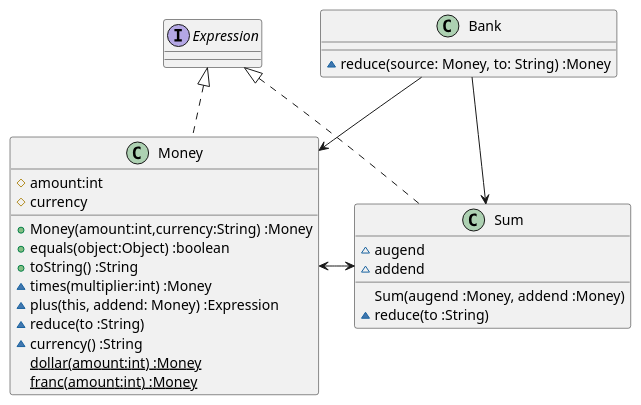
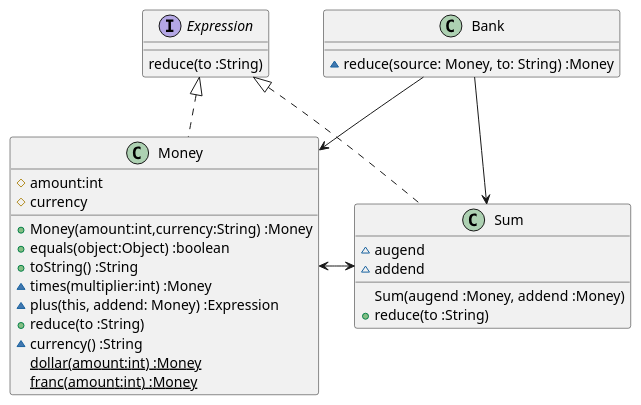
The first of 2 diagrams in docs/src/TDD.md (k2works/etude_for_java), drawn with PlantUML before and after one commit. The commit also changed 6 other files, not shown here.

````diff
--- a/docs/src/TDD.md
+++ b/docs/src/TDD.md
@@ -49,30 +49,32 @@
 ```puml
+interface Expression {
+  reduce(to :String)
+}
 class Money {
   #amount:int
   #currency  
   +Money(amount:int,currency:String) :Money
   +equals(object:Object) :boolean  
   +toString() :String
   ~times(multiplier:int) :Money
   ~plus(this, addend: Money) :Expression
-  ~reduce(to :String)      
+  +reduce(to :String)      
   ~currency() :String
   {static} dollar(amount:int) :Money
   {static} franc(amount:int) :Money  
 }
-interface Expression
 class Bank {
   ~reduce(source: Money, to: String) :Money
 }
 class Sum {
   ~augend
   ~addend
   Sum(augend :Money, addend :Money)
-  ~reduce(to :String)
+  +reduce(to :String)
 }
 Expression <|.. Money
 Expression <|.. Sum
 Money <-> Sum
 Bank --> Sum
 Bank --> Money
 ```
````
